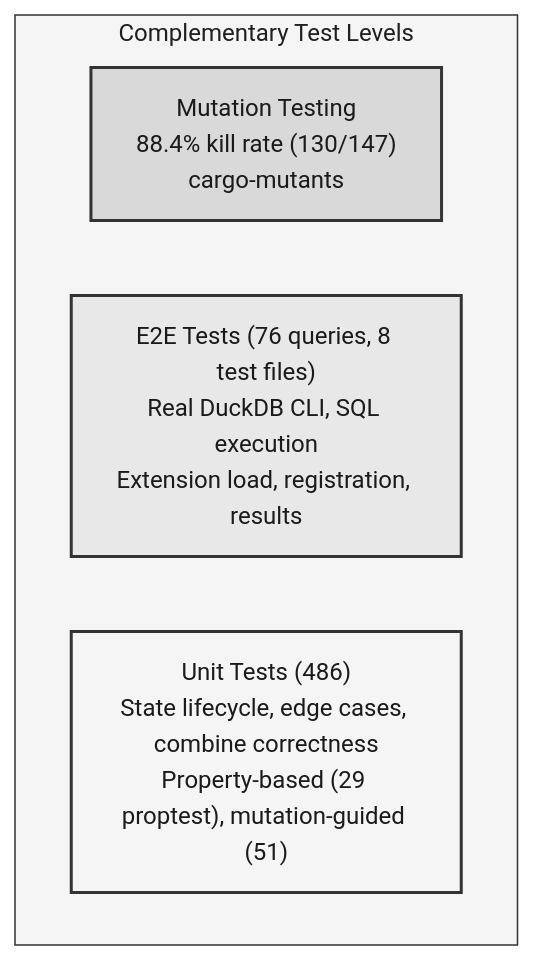
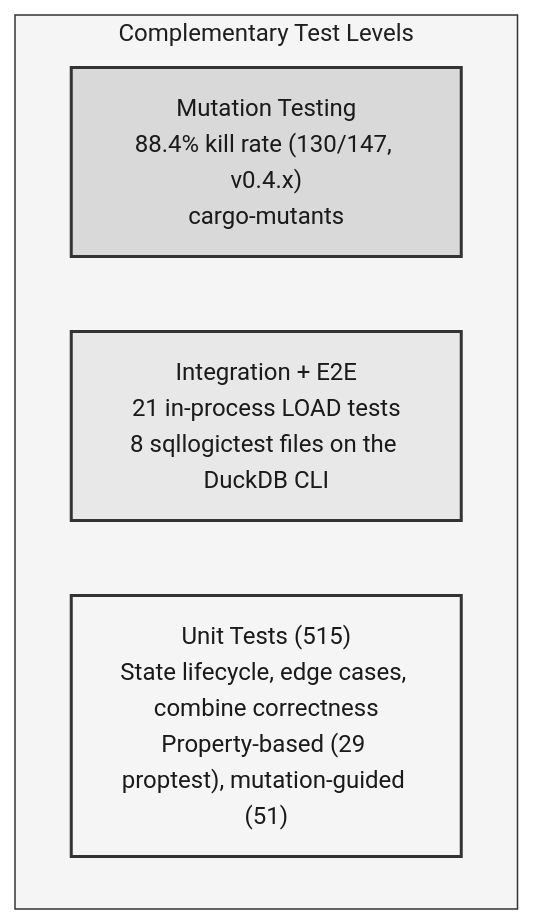
Before and after one commit to tomtom215/duckdb-behavioral: the second of 4 diagrams in docs/src/engineering.md, drawn with Mermaid. The commit also changed other lines of this file and 25 other files, not shown here.

````diff
--- a/docs/src/engineering.md
+++ b/docs/src/engineering.md
@@ -151,13 +161,13 @@
 ```mermaid
 %%{init: {'theme': 'base', 'themeVariables': {'primaryColor': '#ffffff', 'primaryTextColor': '#1a1a1a', 'primaryBorderColor': '#333333', 'lineColor': '#333333', 'secondaryColor': '#f5f5f5', 'tertiaryColor': '#e0e0e0', 'textColor': '#1a1a1a', 'clusterBkg': '#f5f5f5', 'clusterBorder': '#333333'}}}%%
 graph TB
     subgraph "Complementary Test Levels"
-        L3["Mutation Testing<br/>88.4% kill rate (130/147)<br/>cargo-mutants"]
-        L2["E2E Tests (76 queries, 8 test files)<br/>Real DuckDB CLI, SQL execution<br/>Extension load, registration, results"]
-        L1["Unit Tests (486)<br/>State lifecycle, edge cases, combine correctness<br/>Property-based (29 proptest), mutation-guided (51)"]
+        L3["Mutation Testing<br/>88.4% kill rate (130/147, v0.4.x)<br/>cargo-mutants"]
+        L2["Integration + E2E<br/>21 in-process LOAD tests<br/>8 sqllogictest files on the DuckDB CLI"]
+        L1["Unit Tests (515)<br/>State lifecycle, edge cases, combine correctness<br/>Property-based (29 proptest), mutation-guided (51)"]
     end
 
     style L1 fill:#f5f5f5,stroke:#333333,stroke-width:2px,color:#1a1a1a
     style L2 fill:#e8e8e8,stroke:#333333,stroke-width:2px,color:#1a1a1a
     style L3 fill:#d9d9d9,stroke:#333333,stroke-width:2px,color:#1a1a1a
 ```
````
